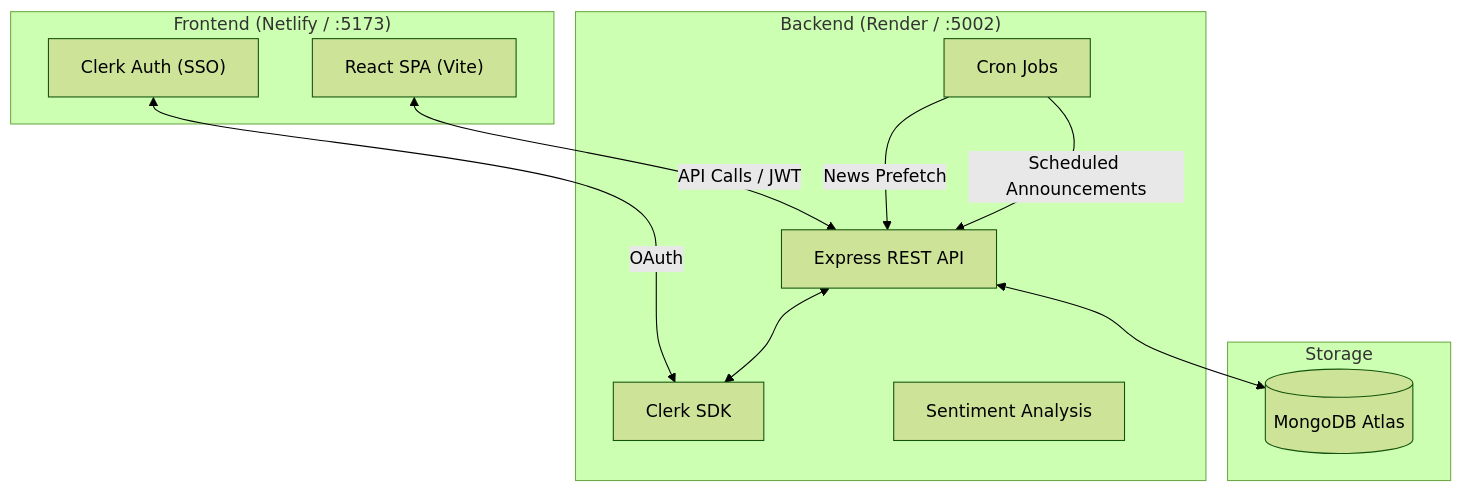
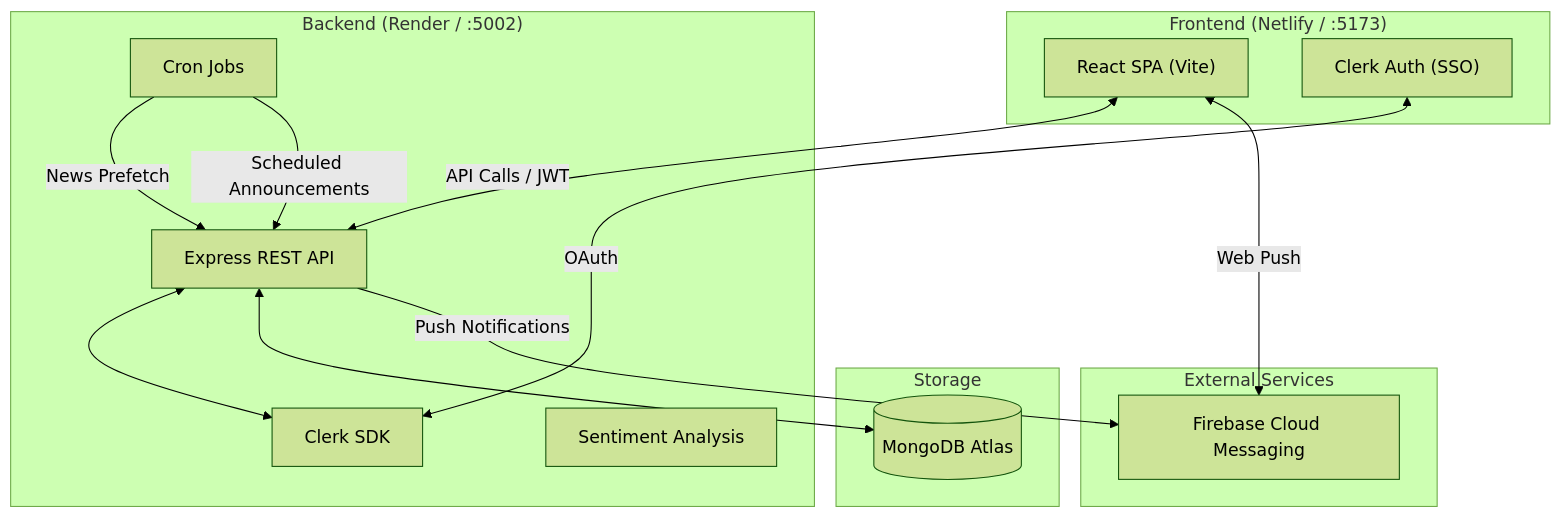
The diagram in README.md (Rushikesh0701/Nirmitee-Internal-Communications-Hub), drawn with Mermaid (forest theme) before and after one commit. The commit also changed other lines of this file and 6 other files, not shown here.

Commit message:
feat: Introduce comprehensive environment variable examples, optimize Clerk authentication flow, and integrate Firebase for push notifications.

````diff
--- a/README.md
+++ b/README.md
@@ -37,25 +38,31 @@
 ```mermaid
 graph TD
     subgraph "Frontend (Netlify / :5173)"
         A["React SPA (Vite)"]
         B["Clerk Auth (SSO)"]
     end
 
     subgraph "Backend (Render / :5002)"
         C["Express REST API"]
         D["Clerk SDK"]
         E["Cron Jobs"]
         F["Sentiment Analysis"]
     end
 
     subgraph "Storage"
         G[("MongoDB Atlas")]
     end
 
+    subgraph "External Services"
+        H["Firebase Cloud Messaging"]
+    end
+
     A <-->|API Calls / JWT| C
     B <-->|OAuth| D
     C <--> D
     C <--> G
+    A <-->|Web Push| H
+    C -->|Push Notifications| H
     E -->|News Prefetch| C
     E -->|Scheduled Announcements| C
 ```
````
